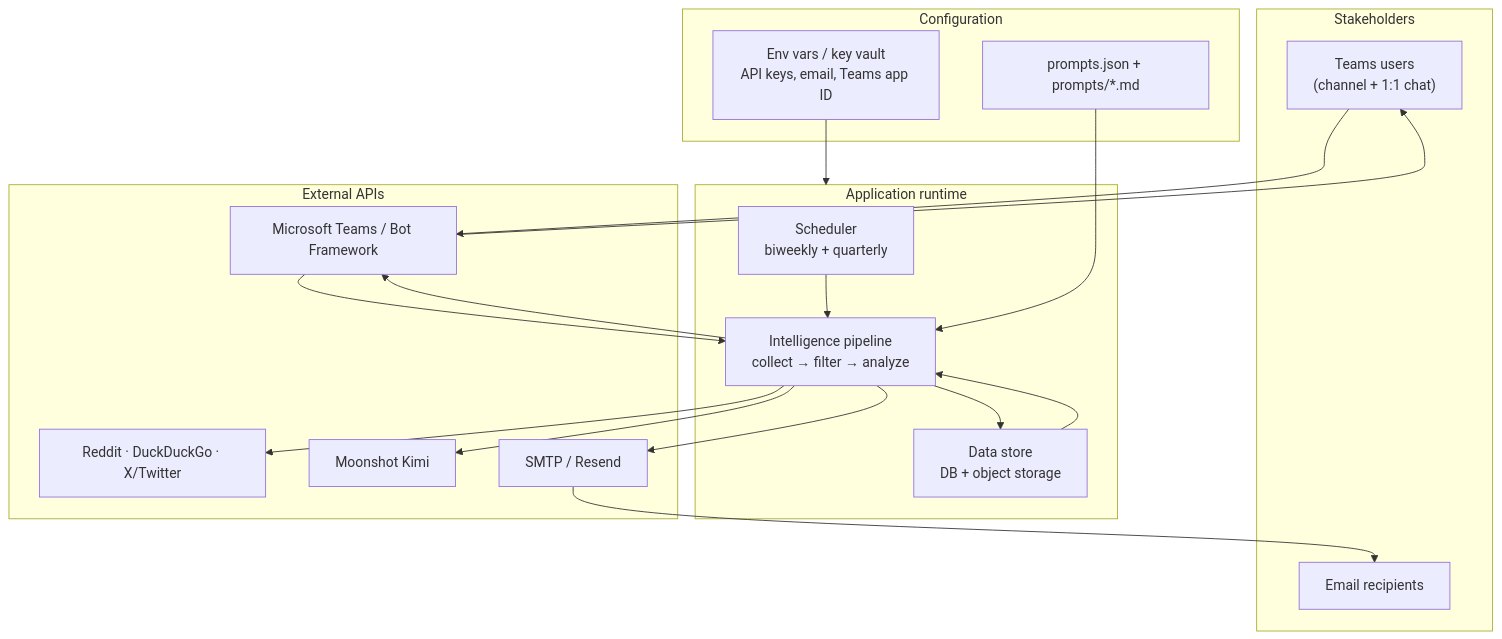
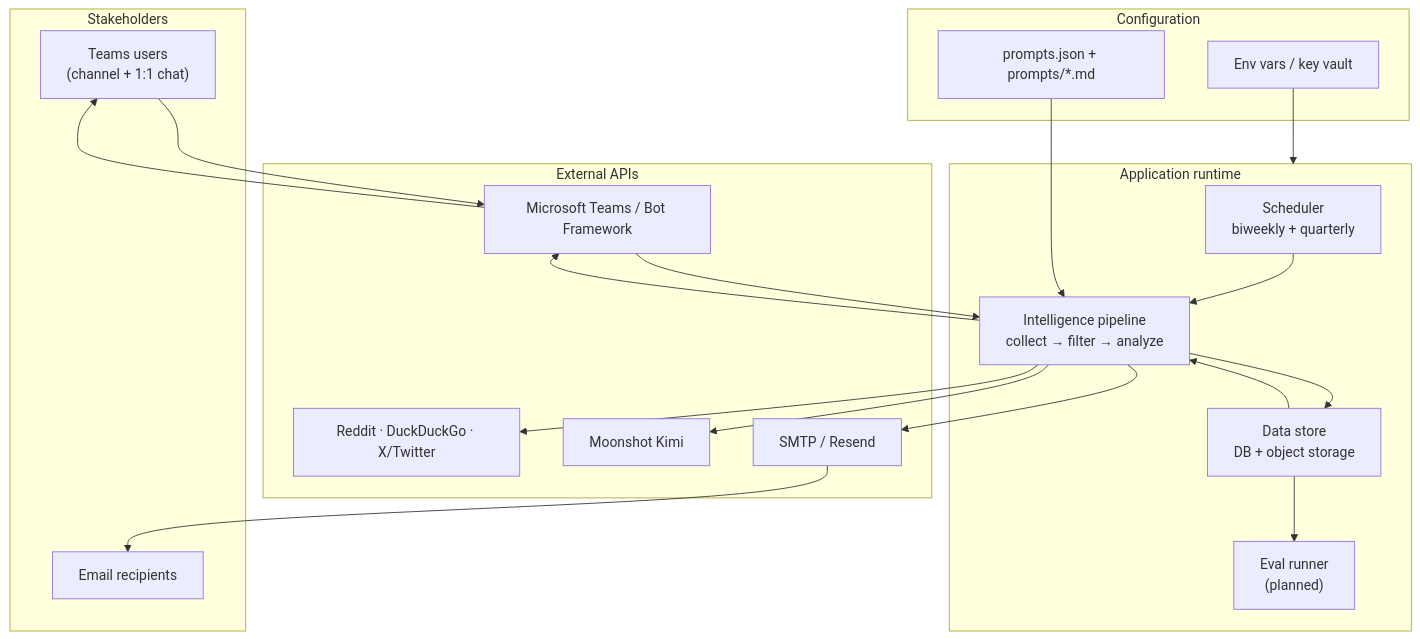
The first of 4 diagrams in ARCHITECTURE_FLOW.md (craigdeng-cpu/interac-sentiment-bot), drawn with Mermaid before and after one commit. The commit also changed other lines of this file, not shown here.

First line of the commit message:
Restructure architecture doc with numbered sections and evals plan.

````diff
--- a/ARCHITECTURE_FLOW.md
+++ b/ARCHITECTURE_FLOW.md
@@ -36,39 +37,41 @@
 ```mermaid
 flowchart TB
     subgraph People["Stakeholders"]
         EMAIL_USER["Email recipients"]
         TEAMS_USER["Teams users<br/>(channel + 1:1 chat)"]
     end
 
     subgraph App["Application runtime"]
         SCHED["Scheduler<br/>biweekly + quarterly"]
         PIPE["Intelligence pipeline<br/>collect → filter → analyze"]
         STORE["Data store<br/>DB + object storage"]
+        EVAL["Eval runner<br/>(planned)"]
     end
 
     subgraph Config["Configuration"]
         PROMPTS["prompts.json + prompts/*.md"]
-        SECRETS["Env vars / key vault<br/>API keys, email, Teams app ID"]
+        SECRETS["Env vars / key vault"]
     end
 
     subgraph External["External APIs"]
         WEB["Reddit · DuckDuckGo · X/Twitter"]
         KIMI["Moonshot Kimi"]
         MAIL["SMTP / Resend"]
         TEAMS_API["Microsoft Teams / Bot Framework"]
     end
 
     SCHED --> PIPE
     PIPE --> WEB
     PIPE --> KIMI
     PIPE --> STORE
     PIPE --> MAIL
     PIPE --> TEAMS_API
+    STORE --> EVAL
     PROMPTS --> PIPE
     SECRETS --> App
-  STORE --> PIPE
+    STORE --> PIPE
     MAIL --> EMAIL_USER
     TEAMS_API --> TEAMS_USER
     TEAMS_USER --> TEAMS_API
     TEAMS_API --> PIPE
 ```
````
